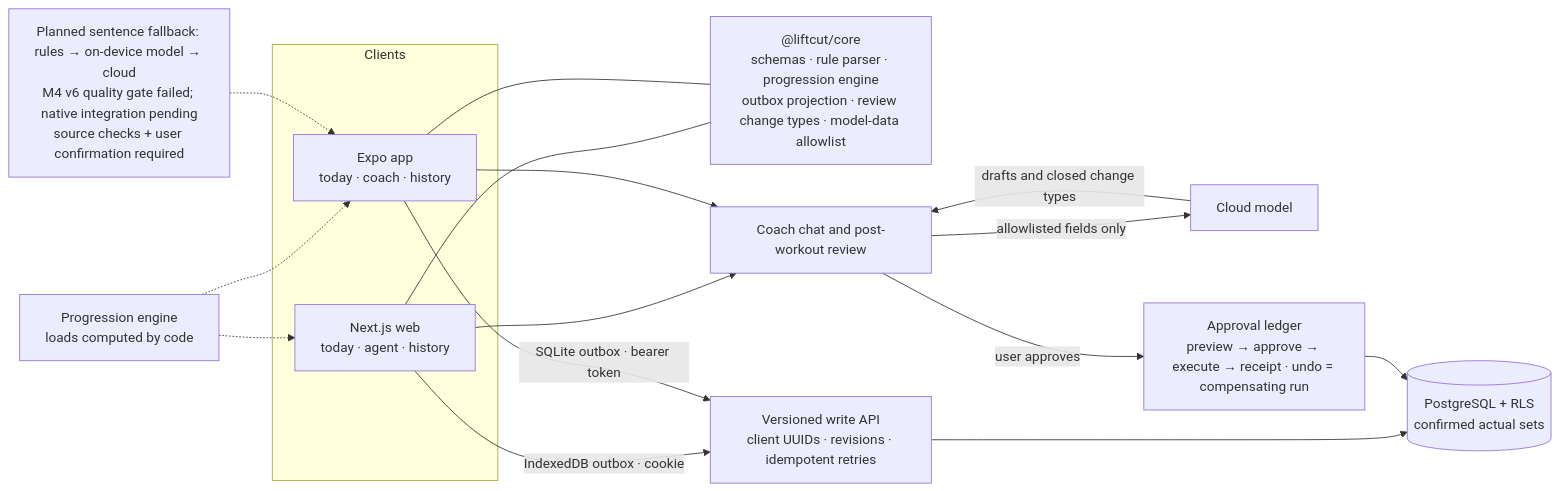
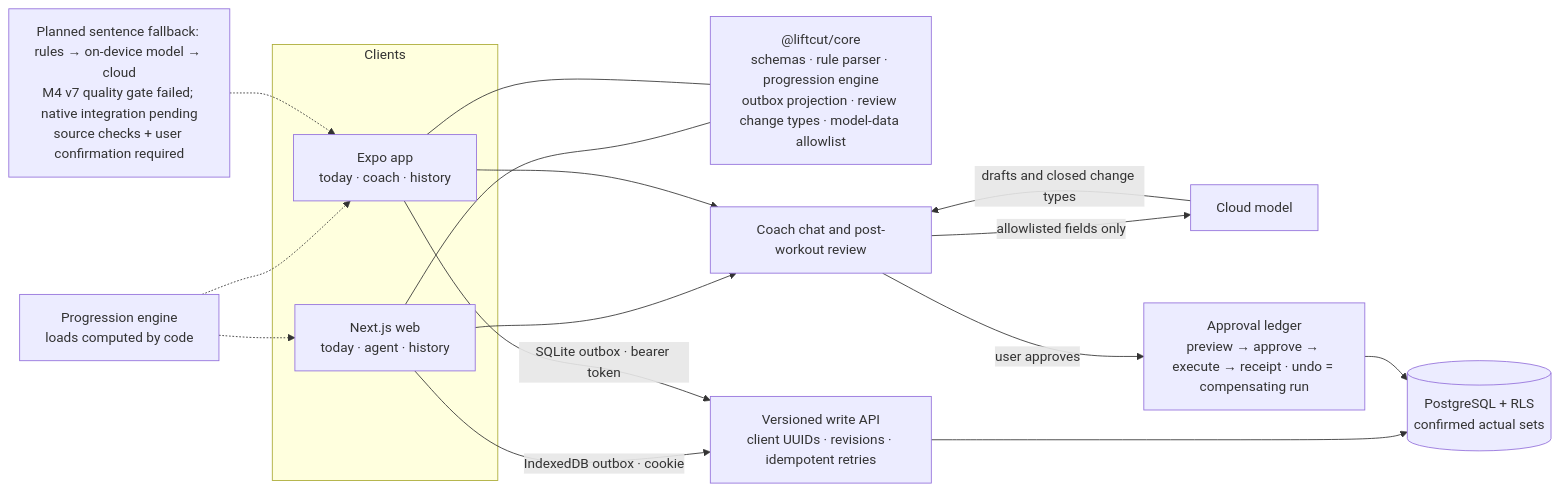
The second of 2 diagrams in README.md (Townzc/liftcut-tracker), drawn with Mermaid before and after one commit. The commit also changed other lines of this file and 23 other files, not shown here.

````diff
--- a/README.md
+++ b/README.md
@@ -122,21 +122,21 @@
 ```mermaid
 flowchart LR
   subgraph Clients
     Web["Next.js web<br/>today · agent · history"]
     Mobile["Expo app<br/>today · coach · history"]
   end
   Core["@liftcut/core<br/>schemas · rule parser · progression engine<br/>outbox projection · review change types · model-data allowlist"]
   Web --- Core
   Mobile --- Core
   Web -->|"IndexedDB outbox · cookie"| API["Versioned write API<br/>client UUIDs · revisions · idempotent retries"]
   Mobile -->|"SQLite outbox · bearer token"| API
   API --> DB[("PostgreSQL + RLS<br/>confirmed actual sets")]
   Web & Mobile --> Coach["Coach chat and post-workout review"]
   Coach -->|"allowlisted fields only"| Model["Cloud model"]
   Model -->|"drafts and closed change types"| Coach
   Coach -->|"user approves"| Ledger["Approval ledger<br/>preview → approve → execute → receipt · undo = compensating run"]
   Ledger --> DB
   Engine["Progression engine<br/>loads computed by code"] -.-> Web
   Engine -.-> Mobile
-  Parser["Planned sentence fallback: rules → on-device model → cloud<br/>M4 v6 quality gate failed; native integration pending<br/>source checks + user confirmation required"] -.-> Mobile
+  Parser["Planned sentence fallback: rules → on-device model → cloud<br/>M4 v7 quality gate failed; native integration pending<br/>source checks + user confirmation required"] -.-> Mobile
 ```
````
